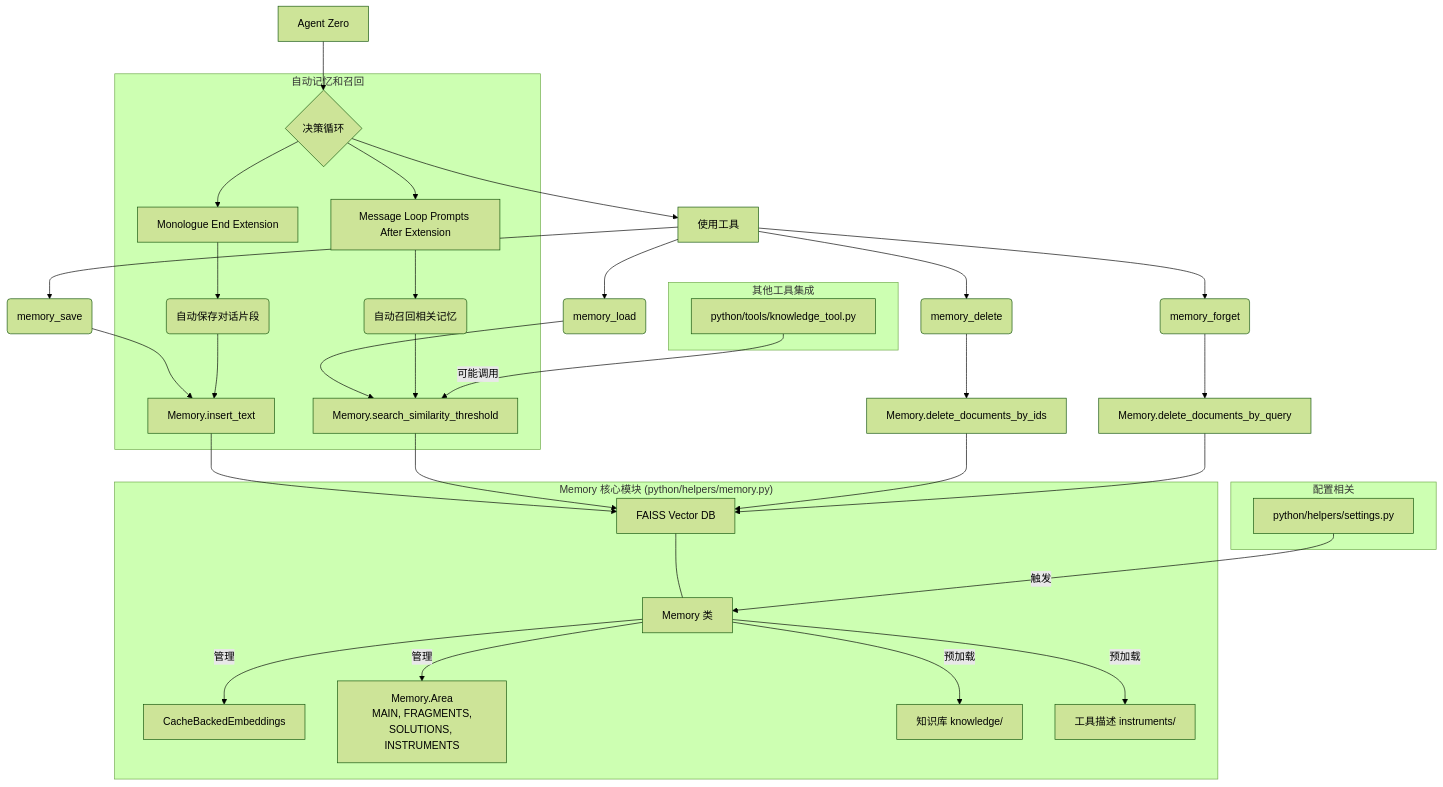
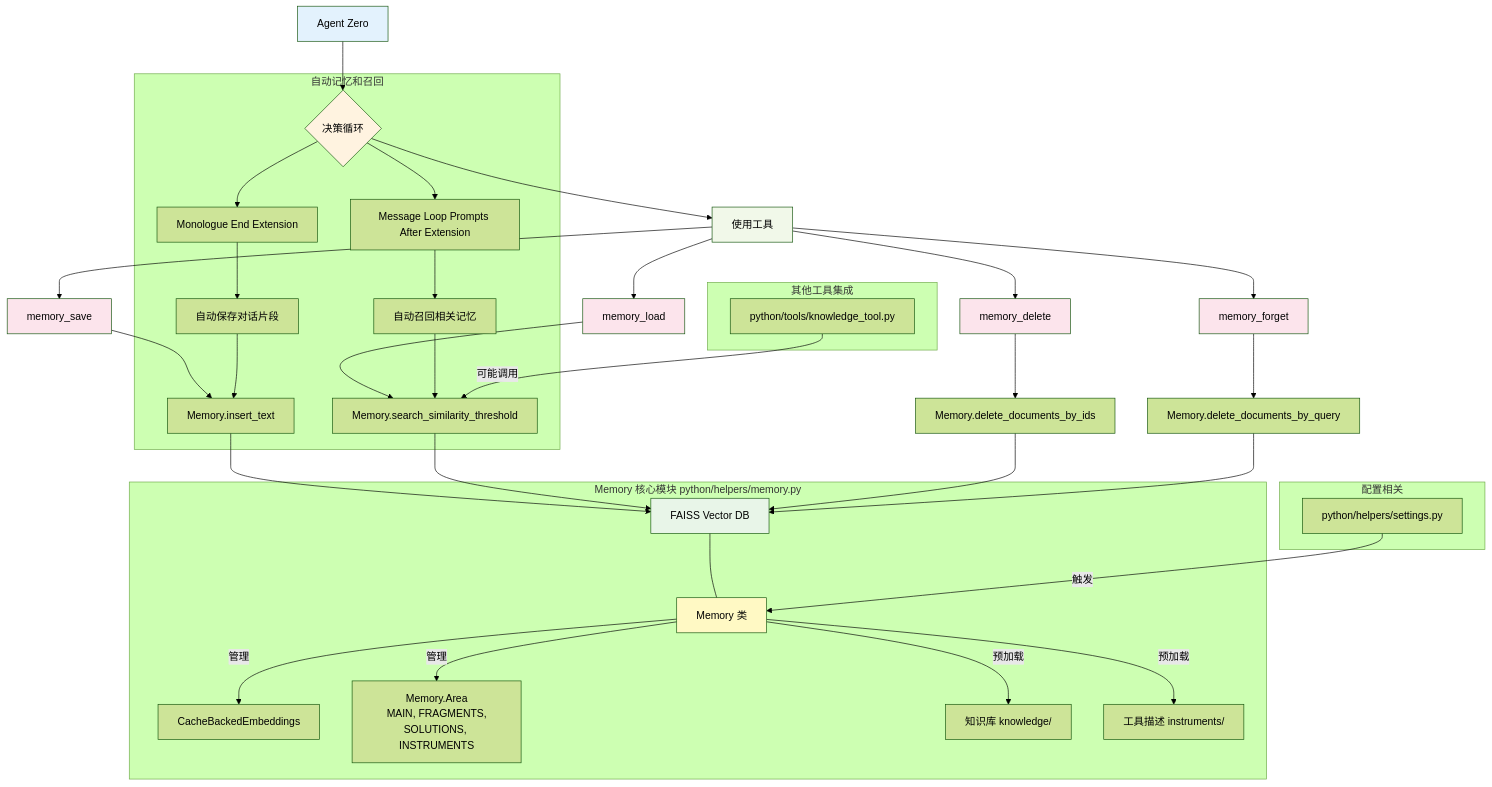
One commit to Mummy951/agent-zero changed the diagram in 帮助说明/memory功能分析.md. Above: the diagram before and after it, drawn with Mermaid (forest theme). The commit also changed 36 other files, not shown here.

````diff
--- a/帮助说明/memory功能分析.md
+++ b/帮助说明/memory功能分析.md
@@ -103,45 +103,55 @@
 ```mermaid
 flowchart TD
     A[Agent Zero] --> B{决策循环}
     B --> C[使用工具]
-    C --> D1(memory_save)
-    C --> D2(memory_load)
-    C --> D3(memory_delete)
-    C --> D4(memory_forget)
+    C --> D1[memory_save]
+    C --> D2[memory_load]
+    C --> D3[memory_delete]
+    C --> D4[memory_forget]
 
     D1 --> E[Memory.insert_text]
     D2 --> F[Memory.search_similarity_threshold]
     D3 --> G[Memory.delete_documents_by_ids]
     D4 --> H[Memory.delete_documents_by_query]
 
     E --> I[FAISS Vector DB]
     F --> I
     G --> I
     H --> I
 
-    subgraph Memory["Memory 核心模块 (python/helpers/memory.py)"]
+    subgraph Memory["Memory 核心模块 python/helpers/memory.py"]
         I --- J[Memory 类]
         J -->|管理| K[CacheBackedEmbeddings]
         J -->|管理| L[Memory.Area<br/>MAIN, FRAGMENTS,<br/>SOLUTIONS, INSTRUMENTS]
         J -->|预加载| M[知识库 knowledge/]
         J -->|预加载| N[工具描述 instruments/]
     end
 
     subgraph Auto["自动记忆和召回"]
         B --> O[Monologue End Extension]
-        O --> P(自动保存对话片段)
+        O --> P[自动保存对话片段]
         P --> E
 
         B --> Q[Message Loop Prompts After Extension]
-        Q --> R(自动召回相关记忆)
+        Q --> R[自动召回相关记忆]
         R --> F
     end
 
     subgraph Config["配置相关"]
         S[python/helpers/settings.py] -->|触发| J
     end
 
     subgraph Tools["其他工具集成"]
         T[python/tools/knowledge_tool.py] -->|可能调用| F
     end
+
+    style A fill:#e3f2fd
+    style B fill:#fff3e0
+    style C fill:#f1f8e9
+    style D1 fill:#fce4ec
+    style D2 fill:#fce4ec
+    style D3 fill:#fce4ec
+    style D4 fill:#fce4ec
+    style I fill:#e8f5e8
+    style J fill:#fff9c4
 ```
````
